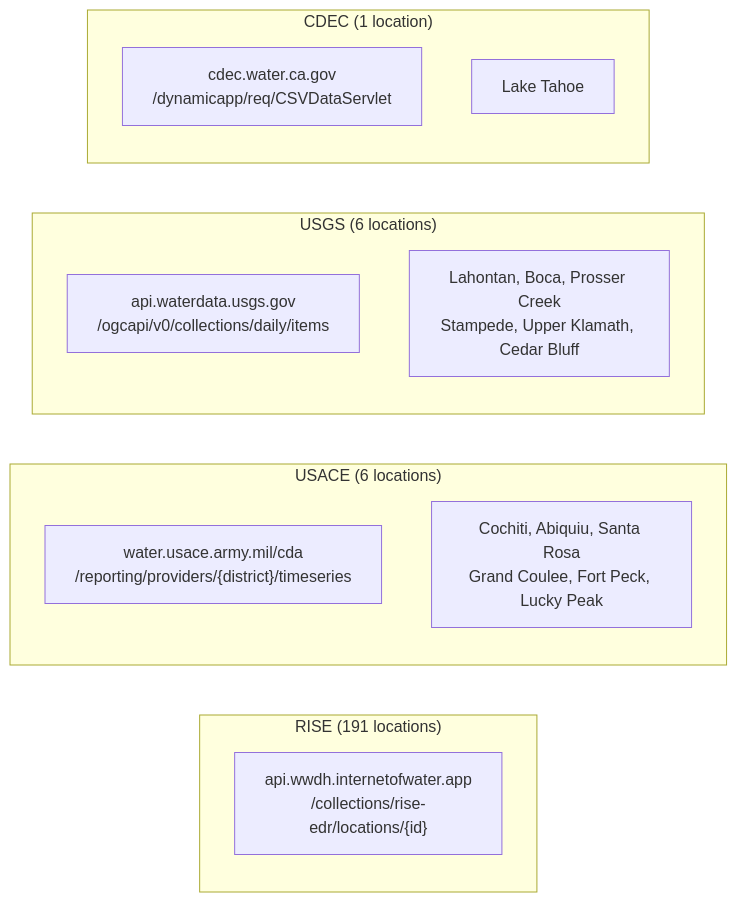
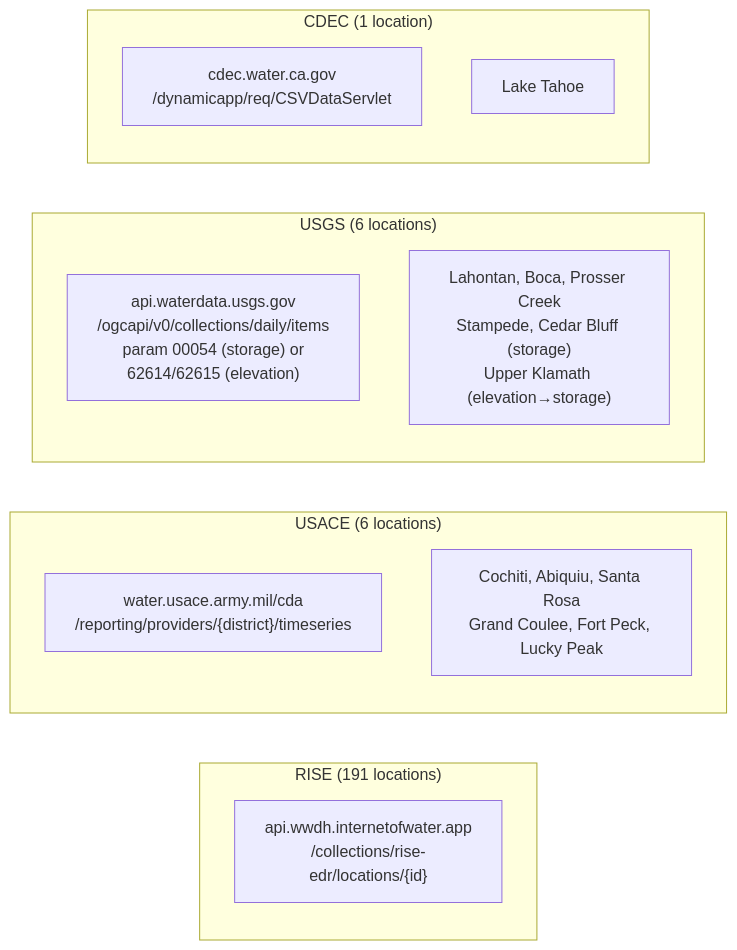
One commit to cgs-earth/teacup-generator changed the third of 6 diagrams in R-workflow/architecture-diagram.md. Above: the diagram before and after it, drawn with Mermaid. The commit also changed other lines of this file, not shown here.

````diff
--- a/R-workflow/architecture-diagram.md
+++ b/R-workflow/architecture-diagram.md
@@ -96,21 +101,21 @@
 ```mermaid
 flowchart LR
     subgraph rise_detail["RISE (191 locations)"]
         RISE_API["api.wwdh.internetofwater.app<br/>/collections/rise-edr/locations/{id}"]
     end
 
     subgraph usace_detail["USACE (6 locations)"]
         USACE_API["water.usace.army.mil/cda<br/>/reporting/providers/{district}/timeseries"]
         USACE_LOCS["Cochiti, Abiquiu, Santa Rosa<br/>Grand Coulee, Fort Peck, Lucky Peak"]
     end
 
     subgraph usgs_detail["USGS (6 locations)"]
-        USGS_API["api.waterdata.usgs.gov<br/>/ogcapi/v0/collections/daily/items"]
-        USGS_LOCS["Lahontan, Boca, Prosser Creek<br/>Stampede, Upper Klamath, Cedar Bluff"]
+        USGS_API["api.waterdata.usgs.gov<br/>/ogcapi/v0/collections/daily/items<br/>param 00054 (storage) or<br/>62614/62615 (elevation)"]
+        USGS_LOCS["Lahontan, Boca, Prosser Creek<br/>Stampede, Cedar Bluff (storage)<br/>Upper Klamath (elevation→storage)"]
     end
 
     subgraph cdec_detail["CDEC (1 location)"]
         CDEC_API["cdec.water.ca.gov<br/>/dynamicapp/req/CSVDataServlet"]
         CDEC_LOCS["Lake Tahoe"]
     end
 ```
````
